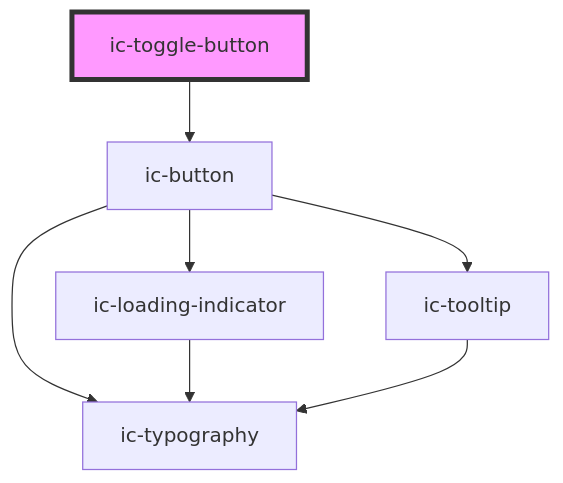
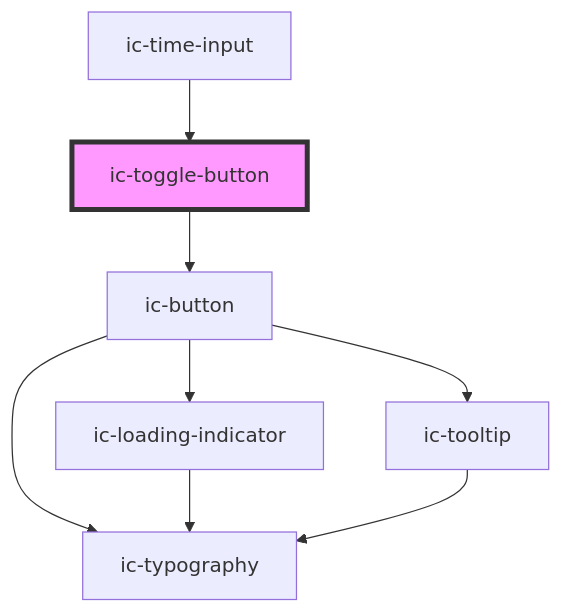
Before and after one commit to mi6/ic-ui-kit: the diagram in packages/web-components/src/components/ic-toggle-button/readme.md, drawn with Mermaid. The commit also changed other lines of this file and 19 other files, not shown here.

````diff
--- a/packages/web-components/src/components/ic-toggle-button/readme.md
+++ b/packages/web-components/src/components/ic-toggle-button/readme.md
@@ -49,10 +53,11 @@
 ```mermaid
 graph TD;
   ic-toggle-button --> ic-button
   ic-button --> ic-typography
   ic-button --> ic-loading-indicator
   ic-button --> ic-tooltip
   ic-loading-indicator --> ic-typography
   ic-tooltip --> ic-typography
+  ic-time-input --> ic-toggle-button
   style ic-toggle-button fill:#f9f,stroke:#333,stroke-width:4px
 ```
````
